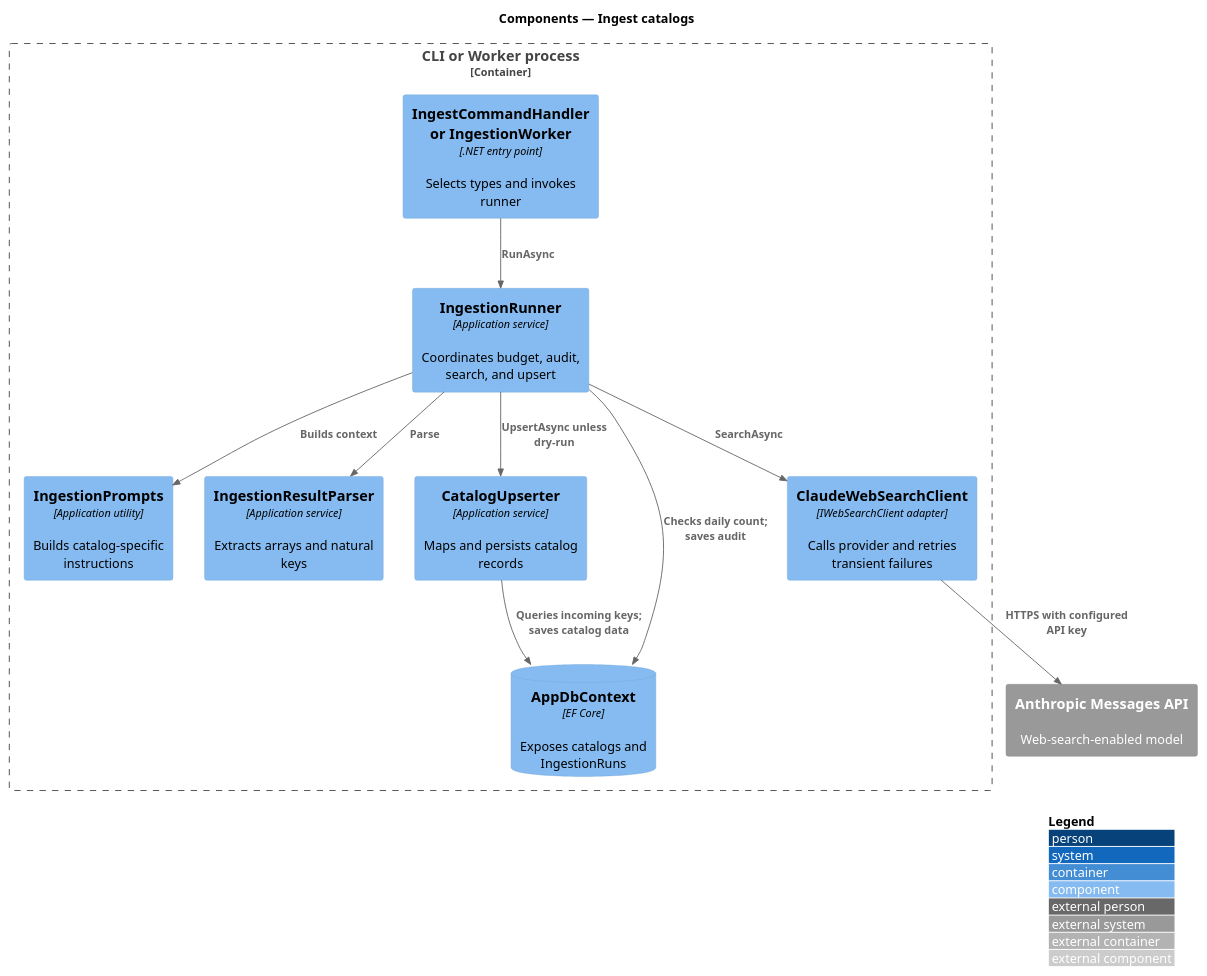
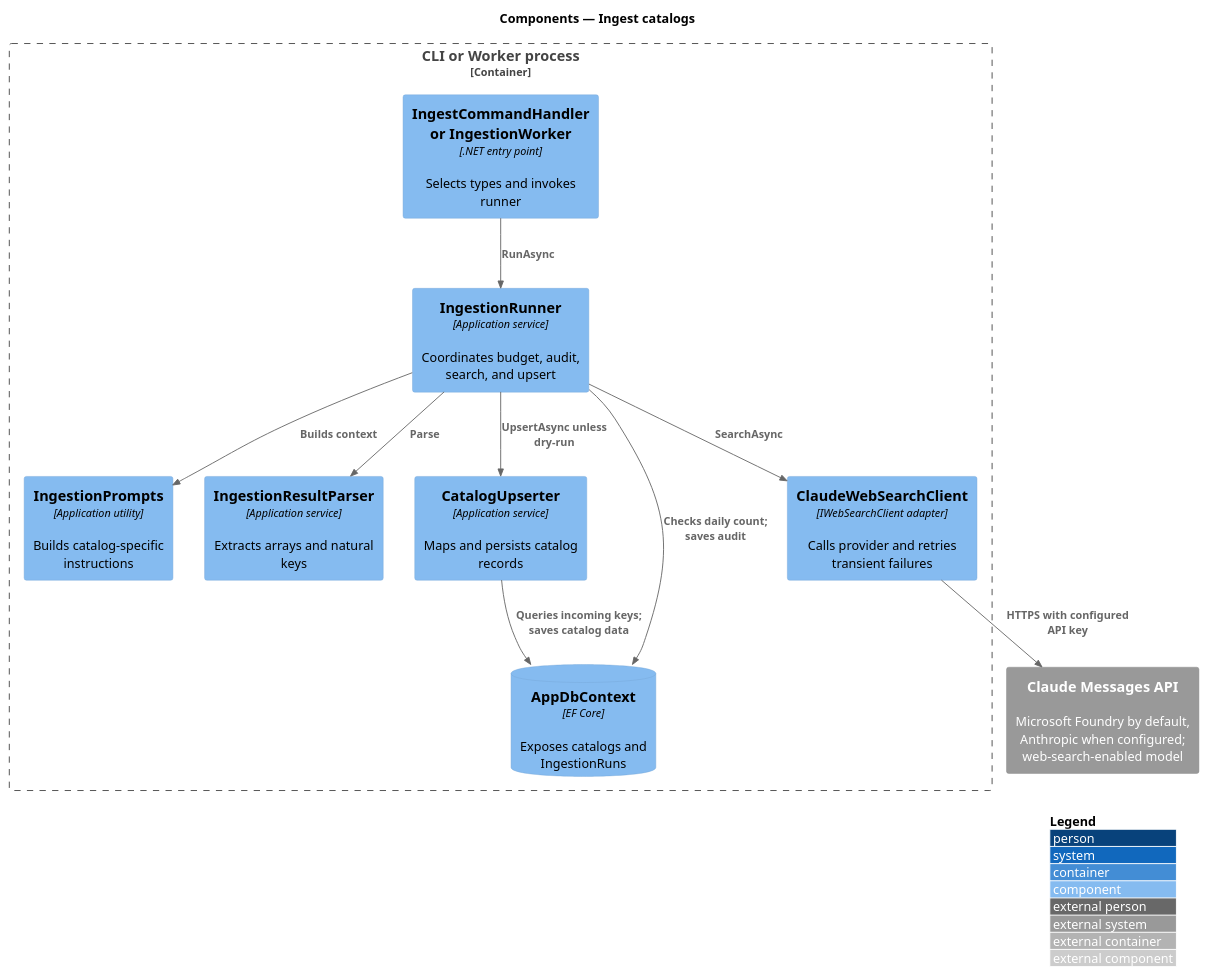
The diagram in docs/detailed-designs/discovery/ingest-catalogs/diagrams/c4-component.puml (QuinntyneBrown/saturdaze), drawn with PlantUML before and after one commit. The commit also changed 32 other files, not shown here.

First line of the commit message:
Route catalog ingestion through Claude on Microsoft Foundry

```diff
--- a/docs/detailed-designs/discovery/ingest-catalogs/diagrams/c4-component.puml
+++ b/docs/detailed-designs/discovery/ingest-catalogs/diagrams/c4-component.puml
@@ -1,23 +1,23 @@
 @startuml
 !include <C4/C4_Component>
 LAYOUT_WITH_LEGEND()
 title Components — Ingest catalogs
 Container_Boundary(host, "CLI or Worker process") {
  Component(entry, "IngestCommandHandler or IngestionWorker", ".NET entry point", "Selects types and invokes runner")
  Component(runner, "IngestionRunner", "Application service", "Coordinates budget, audit, search, and upsert")
  Component(prompts, "IngestionPrompts", "Application utility", "Builds catalog-specific instructions")
  Component(parser, "IngestionResultParser", "Application service", "Extracts arrays and natural keys")
  Component(upserter, "CatalogUpserter", "Application service", "Maps and persists catalog records")
  Component(client, "ClaudeWebSearchClient", "IWebSearchClient adapter", "Calls provider and retries transient failures")
  ComponentDb(db, "AppDbContext", "EF Core", "Exposes catalogs and IngestionRuns")
 }
-System_Ext(provider, "Anthropic Messages API", "Web-search-enabled model")
+System_Ext(provider, "Claude Messages API", "Microsoft Foundry by default, Anthropic when configured; web-search-enabled model")
 Rel(entry, runner, "RunAsync")
 Rel(runner, prompts, "Builds context")
 Rel(runner, db, "Checks daily count; saves audit")
 Rel(runner, client, "SearchAsync")
 Rel(client, provider, "HTTPS with configured API key")
 Rel(runner, parser, "Parse")
 Rel(runner, upserter, "UpsertAsync unless dry-run")
 Rel(upserter, db, "Queries incoming keys; saves catalog data")
 @enduml
```
